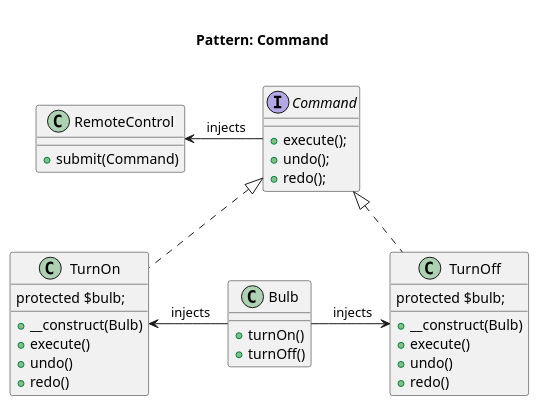
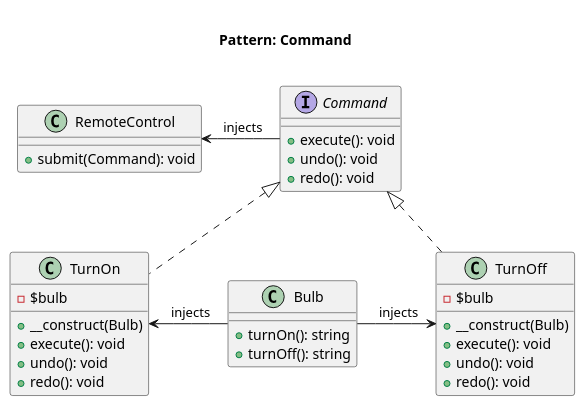
One commit to rosselli/design-patterns-implemented.concepts changed the diagram in patterns/behavioral/command/kamran-ahmed/diagram.pu. Above: the diagram before and after it, drawn with PlantUML. The commit also changed 13 other files, not shown here.

```diff
--- a/patterns/behavioral/command/kamran-ahmed/diagram.pu
+++ b/patterns/behavioral/command/kamran-ahmed/diagram.pu
@@ -1,38 +1,38 @@
 @startuml
     Title <size:20>\nPattern: Command\n
 
     interface Command {
-        + execute();
-        + undo();
-        + redo();
+        + execute(): void
+        + undo(): void
+        + redo(): void
     }
 
     class Bulb {
-        + turnOn()
-        + turnOff()
+        + turnOn(): string
+        + turnOff(): string
     }
 
     class TurnOn implements Command {
-        protected $bulb;
+        - $bulb
         + __construct(Bulb)
-        + execute()
-        + undo()
-        + redo()
+        + execute(): void
+        + undo(): void
+        + redo(): void
     }
 
     class TurnOff implements Command {
-        protected $bulb;
+        - $bulb
         + __construct(Bulb)
-        + execute()
-        + undo()
-        + redo()
+        + execute(): void
+        + undo(): void
+        + redo(): void
     }
 
     class RemoteControl {
-        + submit(Command)
+        + submit(Command): void
     }
 
     Bulb -left-> TurnOn: " injects"
     Bulb -right-> TurnOff: " injects"
     Command -left-> RemoteControl: " injects"
 @enduml
```
